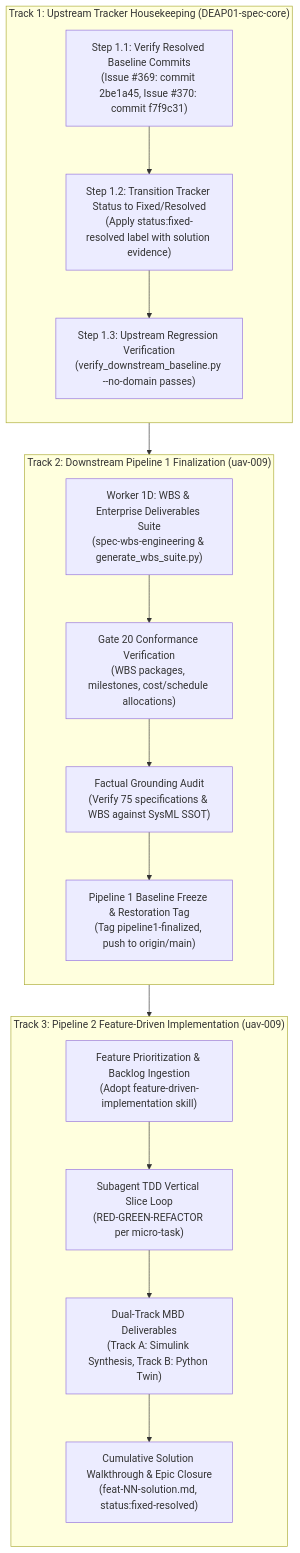
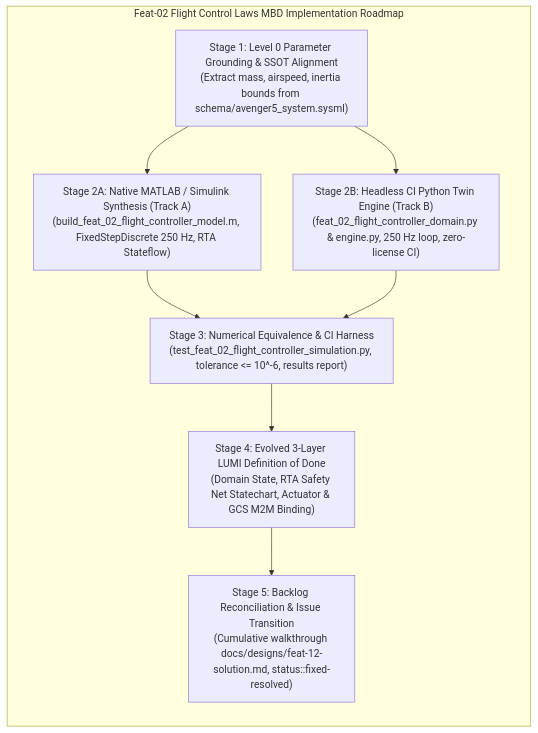
The second of 2 diagrams in HANDOFF.md (gintatkinson/DEAP01-spec-core), drawn with Mermaid before and after one commit. The commit also changed other lines of this file, not shown here.

Commit message:
docs(handoff): update HANDOFF.md to DEAP-HANDOFF-ROOT-006 (refs #371)

````diff
--- a/HANDOFF.md
+++ b/HANDOFF.md
@@ -166,31 +195,18 @@
 ```mermaid
 flowchart TD
-    subgraph Track1 ["Track 1: Upstream Tracker Housekeeping (DEAP01-spec-core)"]
+    subgraph Feat02_Roadmap ["Feat-02 Flight Control Laws MBD Implementation Roadmap"]
         direction TB
-        T1A["Step 1.1: Verify Resolved Baseline Commits<br/>(Issue #369: commit 2be1a45, Issue #370: commit f7f9c31)"]
-        T1B["Step 1.2: Transition Tracker Status to Fixed/Resolved<br/>(Apply status:fixed-resolved label with solution evidence)"]
-        T1C["Step 1.3: Upstream Regression Verification<br/>(verify_downstream_baseline.py --no-domain passes)"]
-        T1A --> T1B --> T1C
+        S1["Stage 1: Level 0 Parameter Grounding & SSOT Alignment<br/>(Extract mass, airspeed, inertia bounds from schema/avenger5_system.sysml)"]
+        S2["Stage 2A: Native MATLAB / Simulink Synthesis (Track A)<br/>(build_feat_02_flight_controller_model.m, FixedStepDiscrete 250 Hz, RTA Stateflow)"]
+        S2B["Stage 2B: Headless CI Python Twin Engine (Track B)<br/>(feat_02_flight_controller_domain.py & engine.py, 250 Hz loop, zero-license CI)"]
+        S3["Stage 3: Numerical Equivalence & CI Harness<br/>(test_feat_02_flight_controller_simulation.py, tolerance <= 10^-6, results report)"]
+        S4["Stage 4: Evolved 3-Layer LUMI Definition of Done<br/>(Domain State, RTA Safety Net Statechart, Actuator & GCS M2M Binding)"]
+        S5["Stage 5: Backlog Reconciliation & Issue Transition<br/>(Cumulative walkthrough docs/designs/feat-12-solution.md, status::fixed-resolved)"]
+
+        S1 --> S2
+        S1 --> S2B
+        S2 --> S3
+        S2B --> S3
+        S3 --> S4 --> S5
     end
-
-    subgraph Track2 ["Track 2: Downstream Pipeline 1 Finalization (uav-009)"]
-        direction TB
-        T2A["Worker 1D: WBS & Enterprise Deliverables Suite<br/>(spec-wbs-engineering & generate_wbs_suite.py)"]
-        T2B["Gate 20 Conformance Verification<br/>(WBS packages, milestones, cost/schedule allocations)"]
-        T2C["Factual Grounding Audit<br/>(Verify 75 specifications & WBS against SysML SSOT)"]
-        T2D["Pipeline 1 Baseline Freeze & Restoration Tag<br/>(Tag pipeline1-finalized, push to origin/main)"]
-        T2A --> T2B --> T2C --> T2D
-    end
-
-    subgraph Track3 ["Track 3: Pipeline 2 Feature-Driven Implementation (uav-009)"]
-        direction TB
-        T3A["Feature Prioritization & Backlog Ingestion<br/>(Adopt feature-driven-implementation skill)"]
-        T3B["Subagent TDD Vertical Slice Loop<br/>(RED-GREEN-REFACTOR per micro-task)"]
-        T3C["Dual-Track MBD Deliverables<br/>(Track A: Simulink Synthesis, Track B: Python Twin)"]
-        T3D["Cumulative Solution Walkthrough & Epic Closure<br/>(feat-NN-solution.md, status:fixed-resolved)"]
-        T3A --> T3B --> T3C --> T3D
-    end
-
-    T1C --> T2A
-    T2D --> T3A
 ```
````
